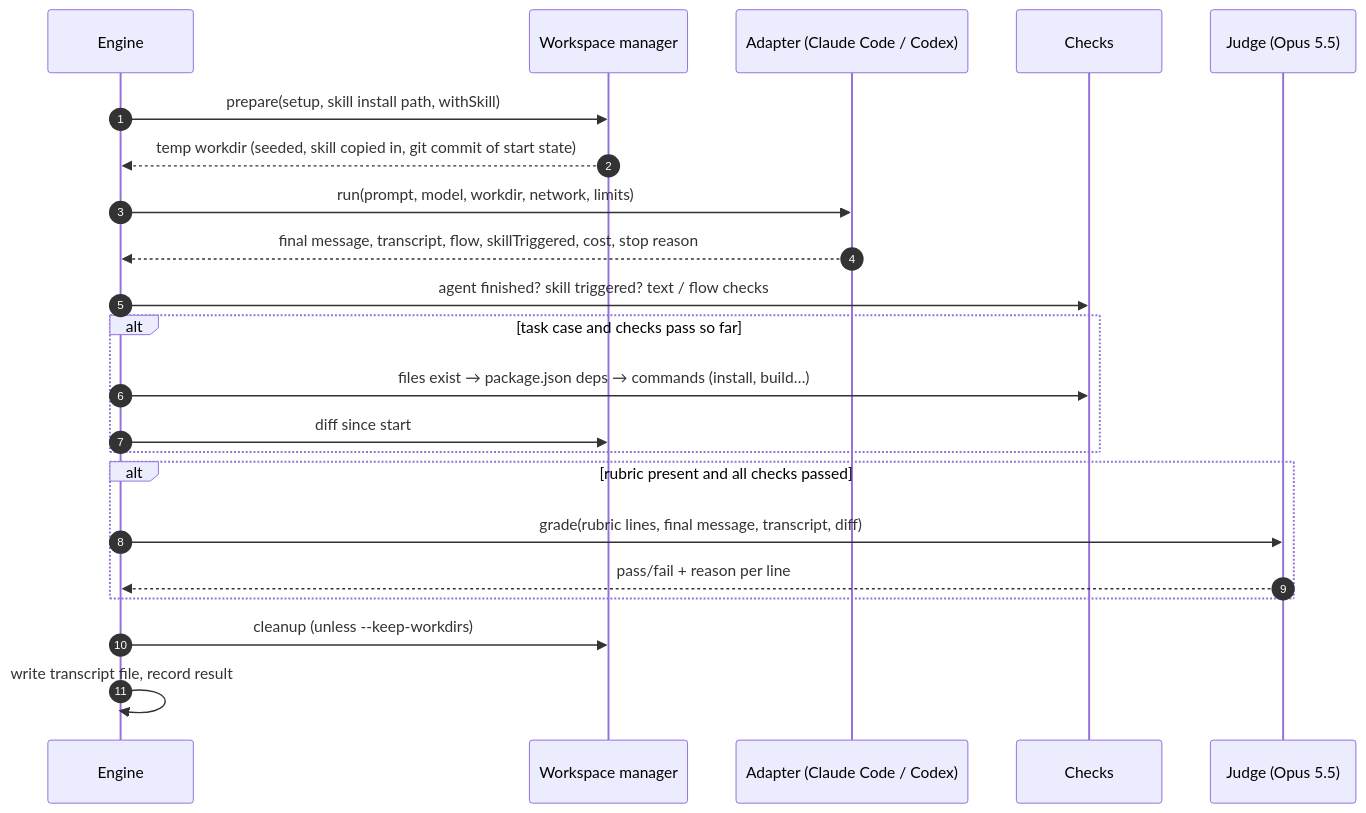
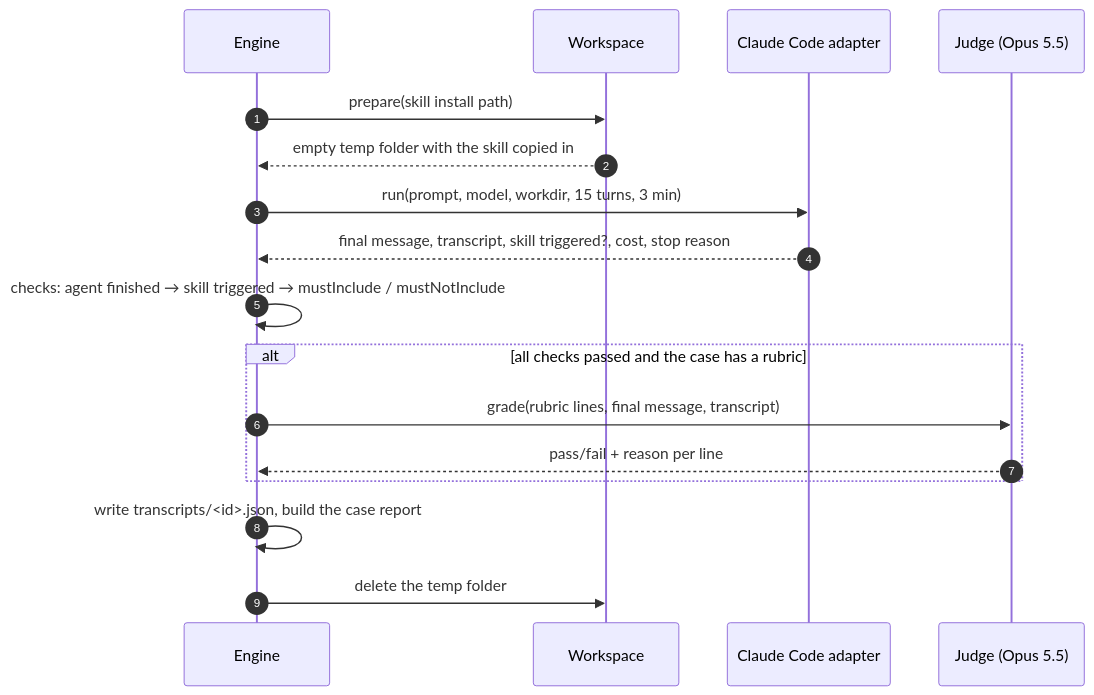
Before and after one commit to InteropIO/iointel-dev-kit: the first of 3 diagrams in evals/README.md, drawn with Mermaid. The commit also changed other lines of this file and 50 other files, not shown here.

````diff
--- a/evals/README.md
+++ b/evals/README.md
@@ -67,25 +64,20 @@
 ```mermaid
 sequenceDiagram
     autonumber
     participant E as Engine
-    participant W as Workspace manager
-    participant A as Adapter (Claude Code / Codex)
-    participant C as Checks
+    participant W as Workspace
+    participant A as Claude Code adapter
     participant J as Judge (Opus 5.5)
 
-    E->>W: prepare(setup, skill install path, withSkill)
-    W-->>E: temp workdir (seeded, skill copied in, git commit of start state)
-    E->>A: run(prompt, model, workdir, network, limits)
-    A-->>E: final message, transcript, flow, skillTriggered, cost, stop reason
-    E->>C: agent finished? skill triggered? text / flow checks
-    alt task case and checks pass so far
-        E->>C: files exist → package.json deps → commands (install, build…)
-        E->>W: diff since start
-    end
-    alt rubric present and all checks passed
-        E->>J: grade(rubric lines, final message, transcript, diff)
+    E->>W: prepare(skill install path)
+    W-->>E: empty temp folder with the skill copied in
+    E->>A: run(prompt, model, workdir, 15 turns, 3 min)
+    A-->>E: final message, transcript, skill triggered?, cost, stop reason
+    E->>E: checks: agent finished → skill triggered → mustInclude / mustNotInclude
+    alt all checks passed and the case has a rubric
+        E->>J: grade(rubric lines, final message, transcript)
         J-->>E: pass/fail + reason per line
     end
-    E->>W: cleanup (unless --keep-workdirs)
-    E->>E: write transcript file, record result
+    E->>E: write transcripts/<id>.json, build the case report
+    E->>W: delete the temp folder
 ```
````
